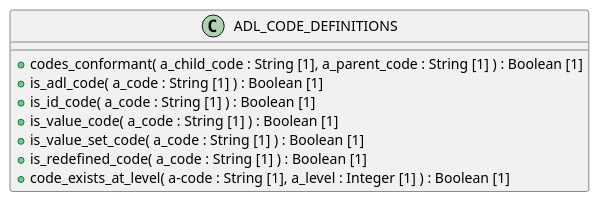
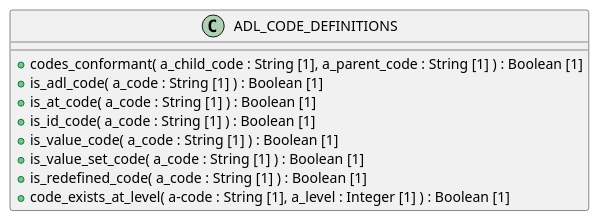
Before and after one commit to sebastian-iancu/code-generator: the diagram in code/Adoc/openehr_am_2.4.0/plantUML/classes/aom2.adl_code_definitions.adoc, drawn with PlantUML. The commit also changed 299 other files, not shown here.

```diff
--- a/code/Adoc/openehr_am_2.4.0/plantUML/classes/aom2.adl_code_definitions.adoc
+++ b/code/Adoc/openehr_am_2.4.0/plantUML/classes/aom2.adl_code_definitions.adoc
@@ -1,17 +1,18 @@
 [plantuml,ADL_CODE_DEFINITIONS,format=svg]
 -----
 @startuml
 
 class ADL_CODE_DEFINITIONS {
   + codes_conformant( a_child_code : String [1], a_parent_code : String [1] ) : Boolean [1]
   + is_adl_code( a_code : String [1] ) : Boolean [1]
+  + is_at_code( a_code : String [1] ) : Boolean [1]
   + is_id_code( a_code : String [1] ) : Boolean [1]
   + is_value_code( a_code : String [1] ) : Boolean [1]
   + is_value_set_code( a_code : String [1] ) : Boolean [1]
   + is_redefined_code( a_code : String [1] ) : Boolean [1]
   + code_exists_at_level( a-code : String [1], a_level : Integer [1] ) : Boolean [1]
 }
 
 
 @enduml
 -----
```
